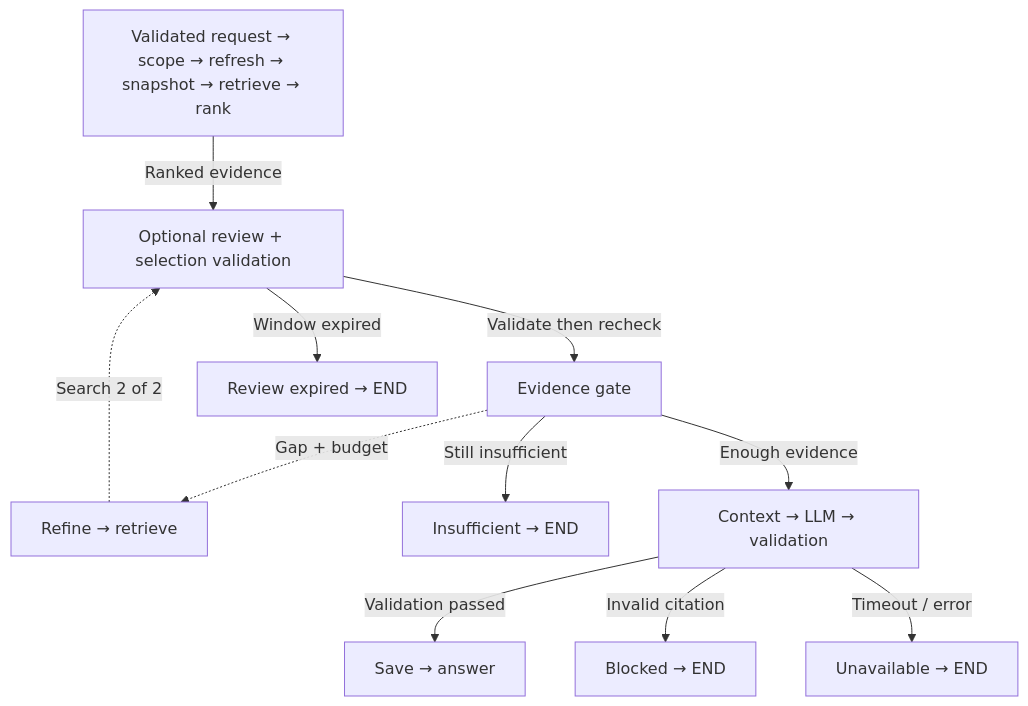
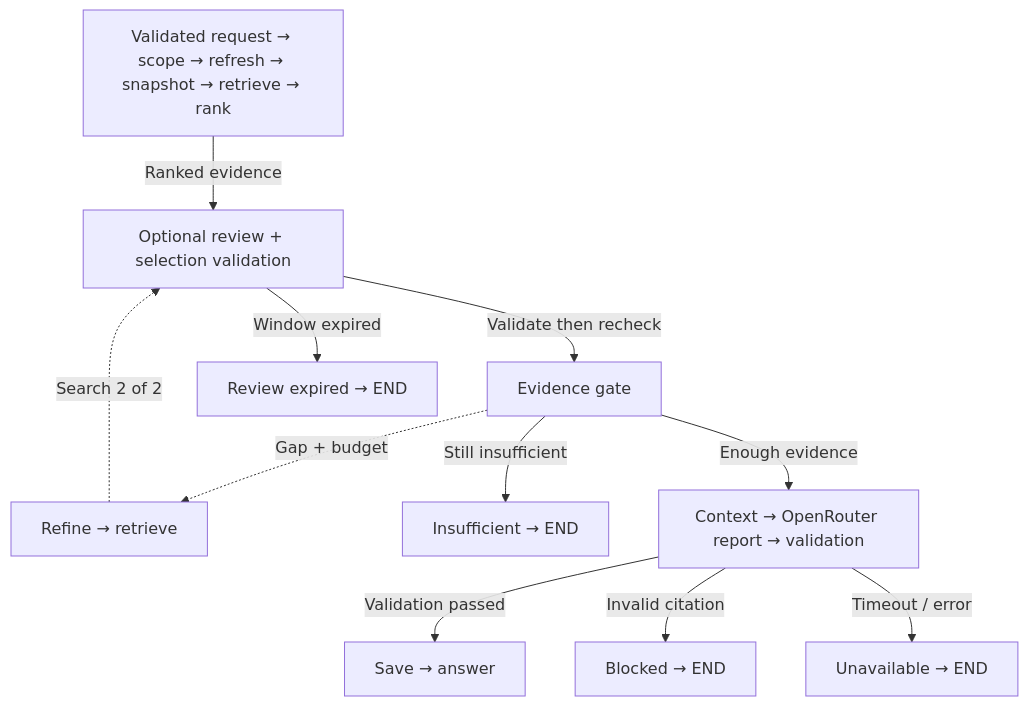
Before and after one commit to ByronHo68/ai-learning-academy: the diagram in public/downloads/finance-diagrams/research-en.mmd, drawn with Mermaid. The commit also changed 81 other files, not shown here.

Commit message:
Route finance LLM calls through a shared OpenRouter gateway

```diff
--- a/public/downloads/finance-diagrams/research-en.mmd
+++ b/public/downloads/finance-diagrams/research-en.mmd
@@ -1,21 +1,21 @@
 flowchart TD
   n0["Validated request → scope → refresh → snapshot → retrieve → rank"]
   n1["Optional review + selection validation"]
   n2["Evidence gate"]
   n3["Review expired → END"]
   n4["Refine → retrieve"]
   n5["Insufficient → END"]
-  n6["Context → LLM → validation"]
+  n6["Context → OpenRouter report → validation"]
   n7["Save → answer"]
   n8["Blocked → END"]
   n9["Unavailable → END"]
   n0 -- "Ranked evidence" --> n1
   n1 -- "Validate then recheck" --> n2
   n1 -- "Window expired" --> n3
   n2 -. "Gap + budget" .-> n4
   n4 -. "Search 2 of 2" .-> n1
   n2 -- "Still insufficient" --> n5
   n2 -- "Enough evidence" --> n6
   n6 -- "Validation passed" --> n7
   n6 -- "Invalid citation" --> n8
   n6 -- "Timeout / error" --> n9
```
